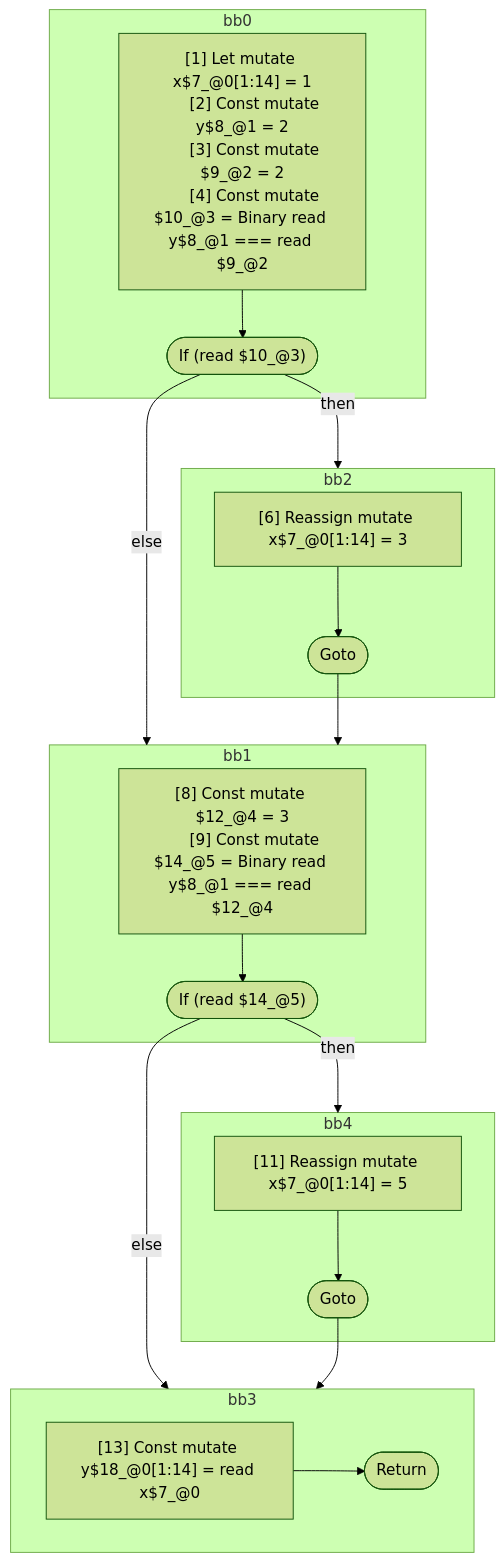
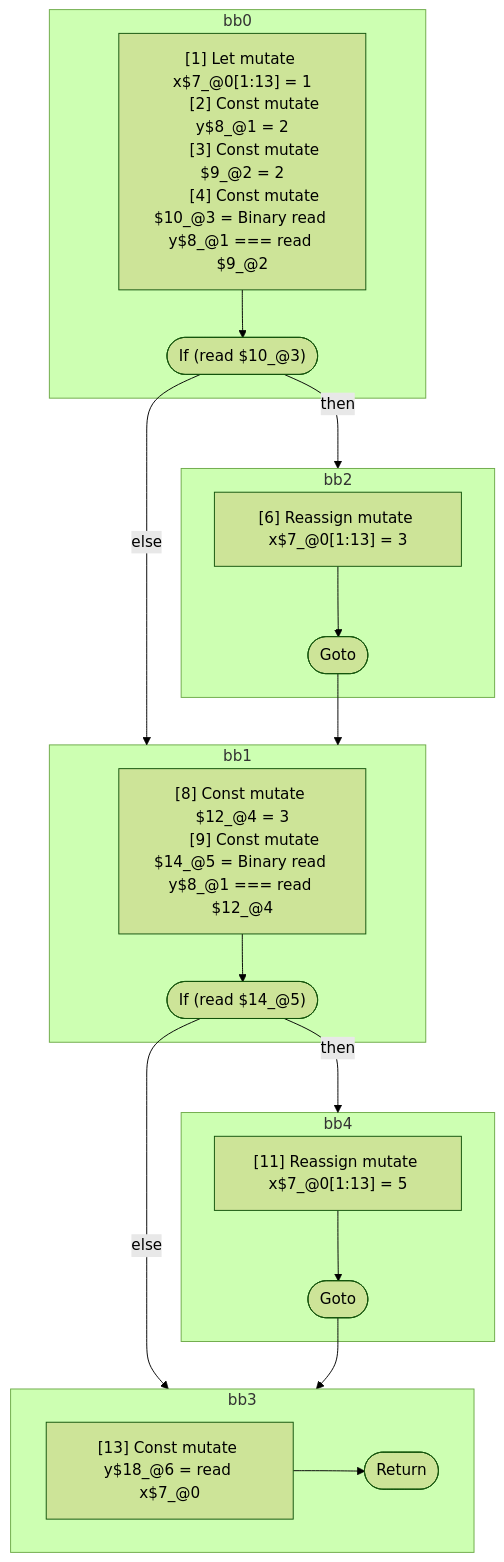
The diagram in compiler/forget/src/__tests__/fixtures/hir/ssa-complex-multiple-if.expect.md (wutsmog/private), drawn with Mermaid (forest theme) before and after one commit. The commit also changed other lines of this file and 9 other files, not shown here.

````diff
--- a/compiler/forget/src/__tests__/fixtures/hir/ssa-complex-multiple-if.expect.md
+++ b/compiler/forget/src/__tests__/fixtures/hir/ssa-complex-multiple-if.expect.md
@@ -56,47 +58,47 @@
 ```mermaid
 flowchart TB
   %% Basic Blocks
   subgraph bb0
     bb0_instrs["
-      [1] Let mutate x$7_@0[1:14] = 1
+      [1] Let mutate x$7_@0[1:13] = 1
       [2] Const mutate y$8_@1 = 2
       [3] Const mutate $9_@2 = 2
       [4] Const mutate $10_@3 = Binary read y$8_@1 === read $9_@2
     "]
     bb0_instrs --> bb0_terminal(["If (read $10_@3)"])
   end
   subgraph bb2
     bb2_instrs["
-      [6] Reassign mutate x$7_@0[1:14] = 3
+      [6] Reassign mutate x$7_@0[1:13] = 3
     "]
     bb2_instrs --> bb2_terminal(["Goto"])
   end
   subgraph bb1
     bb1_instrs["
       [8] Const mutate $12_@4 = 3
       [9] Const mutate $14_@5 = Binary read y$8_@1 === read $12_@4
     "]
     bb1_instrs --> bb1_terminal(["If (read $14_@5)"])
   end
   subgraph bb4
     bb4_instrs["
-      [11] Reassign mutate x$7_@0[1:14] = 5
+      [11] Reassign mutate x$7_@0[1:13] = 5
     "]
     bb4_instrs --> bb4_terminal(["Goto"])
   end
   subgraph bb3
     bb3_instrs["
-      [13] Const mutate y$18_@0[1:14] = read x$7_@0
+      [13] Const mutate y$18_@6 = read x$7_@0
     "]
     bb3_instrs --> bb3_terminal(["Return"])
   end
 
   %% Jumps
   bb0_terminal -- "then" --> bb2
   bb0_terminal -- "else" --> bb1
   bb2_terminal --> bb1
   bb1_terminal -- "then" --> bb4
   bb1_terminal -- "else" --> bb3
   bb4_terminal --> bb3
 
 ```
````
